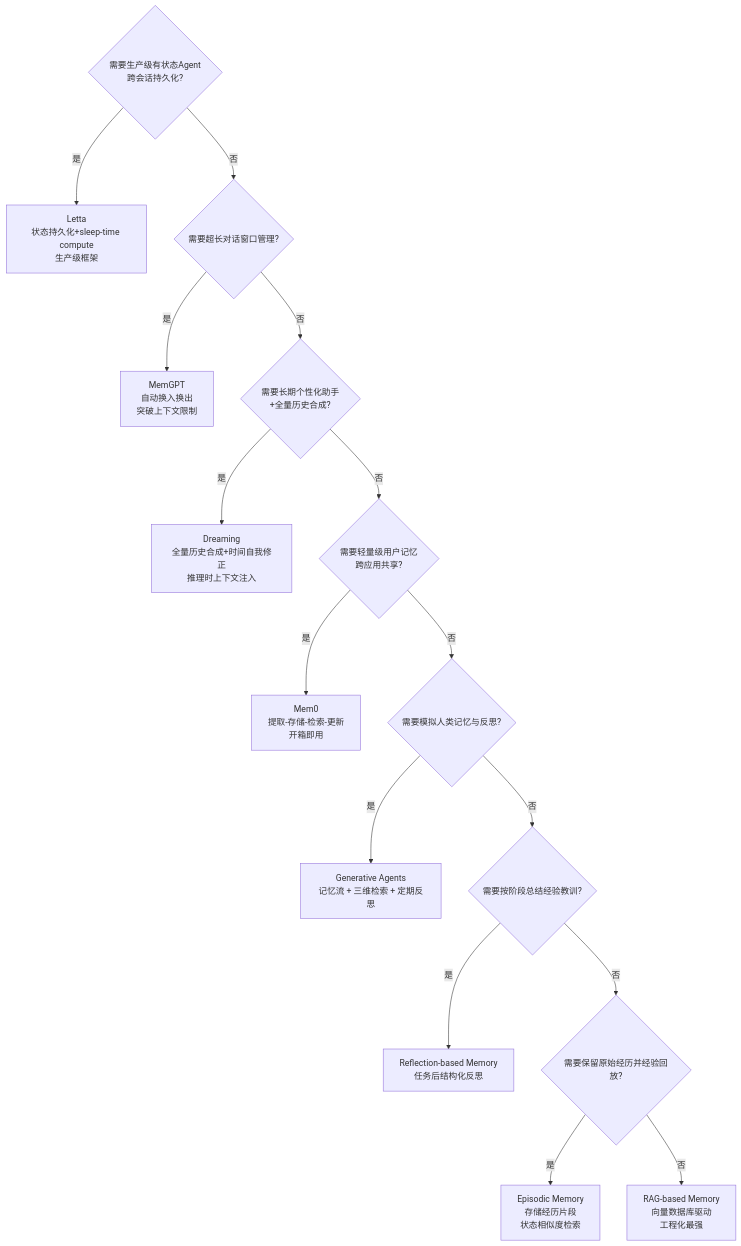
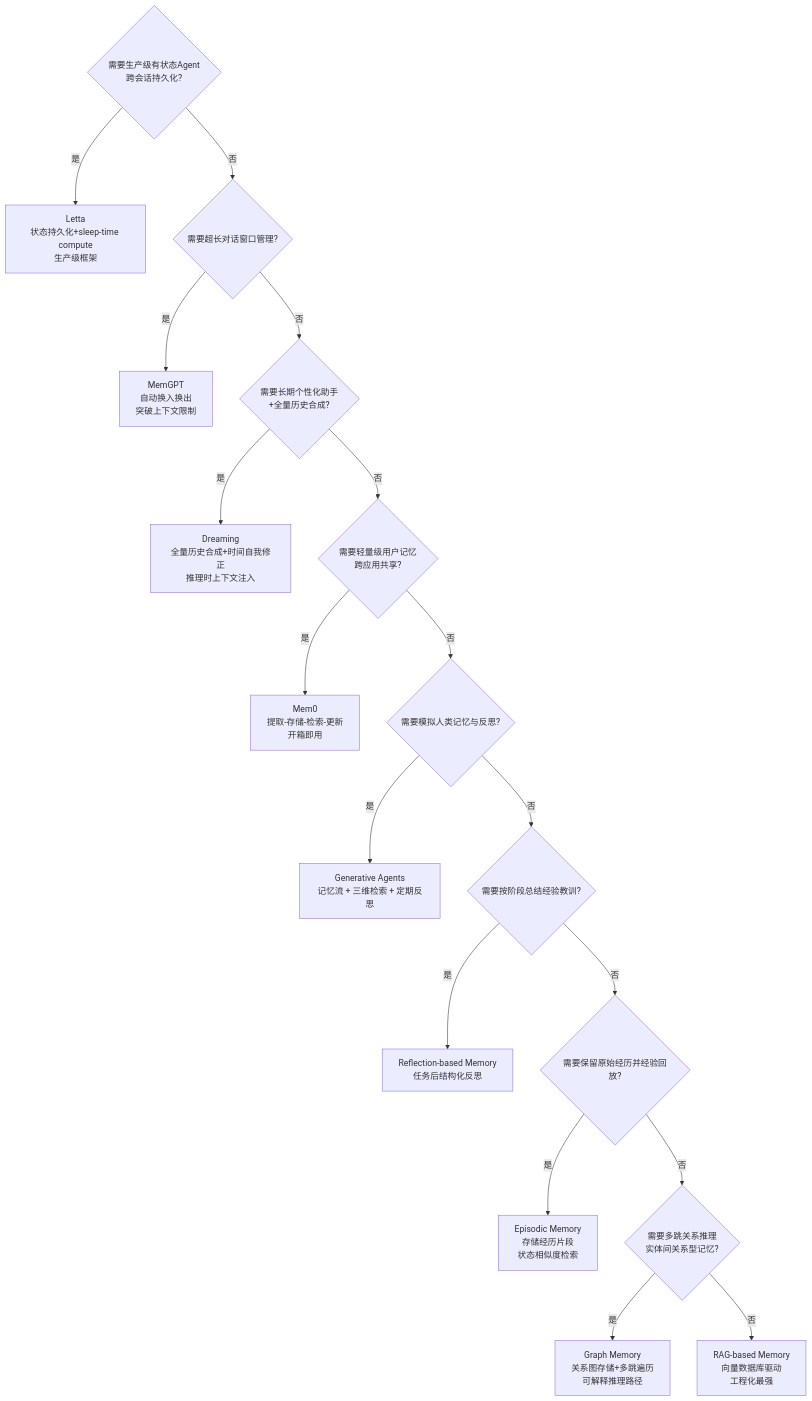
Before and after one commit to eeyzs1/agent_demos: the tenth of 10 diagrams in design_mode/docs/05_记忆与状态管理类.md, drawn with Mermaid. The commit also changed other lines of this file and 8 other files, not shown here.

Commit message:
feat: 新增6个2026前沿模式(Blackboard/GraphMemory/MetaController/DryRunHarness/MetaAgent/ReflexiveAgent)+TAOR注记, 总数110到116

````diff
--- a/design_mode/docs/05_记忆与状态管理类.md
+++ b/design_mode/docs/05_记忆与状态管理类.md
@@ -2313,17 +2563,19 @@
 ```mermaid
 flowchart TD
     A{需要生产级有状态Agent<br/>跨会话持久化?} -->|是| Z[Letta<br/>状态持久化+sleep-time compute<br/>生产级框架]
     A -->|否| B{需要超长对话窗口管理?}
     B -->|是| C[MemGPT<br/>自动换入换出<br/>突破上下文限制]
     B -->|否| DR{需要长期个性化助手<br/>+全量历史合成?}
     DR -->|是| DS[Dreaming<br/>全量历史合成+时间自我修正<br/>推理时上下文注入]
     DR -->|否| M{需要轻量级用户记忆<br/>跨应用共享?}
     M -->|是| N[Mem0<br/>提取-存储-检索-更新<br/>开箱即用]
     M -->|否| D{需要模拟人类记忆与反思?}
     D -->|是| E[Generative Agents<br/>记忆流 + 三维检索 + 定期反思]
     D -->|否| F{需要按阶段总结经验教训?}
     F -->|是| G[Reflection-based Memory<br/>任务后结构化反思]
     F -->|否| H{需要保留原始经历并经验回放?}
     H -->|是| I[Episodic Memory<br/>存储经历片段<br/>状态相似度检索]
-    H -->|否| J[RAG-based Memory<br/>向量数据库驱动<br/>工程化最强]
+    H -->|否| GM{需要多跳关系推理<br/>实体间关系型记忆?}
+    GM -->|是| GN[Graph Memory<br/>关系图存储+多跳遍历<br/>可解释推理路径]
+    GM -->|否| J[RAG-based Memory<br/>向量数据库驱动<br/>工程化最强]
 ```
````
